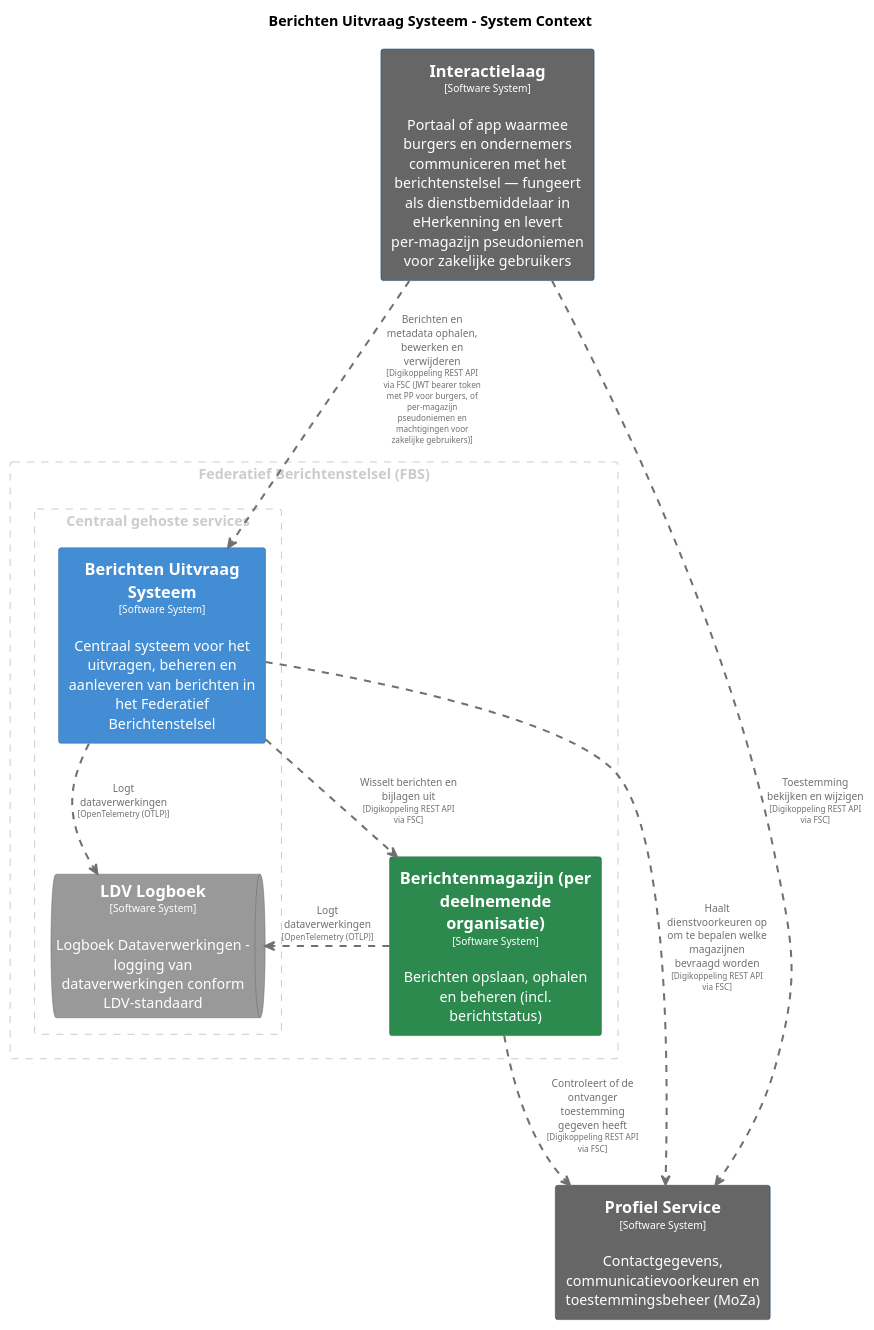
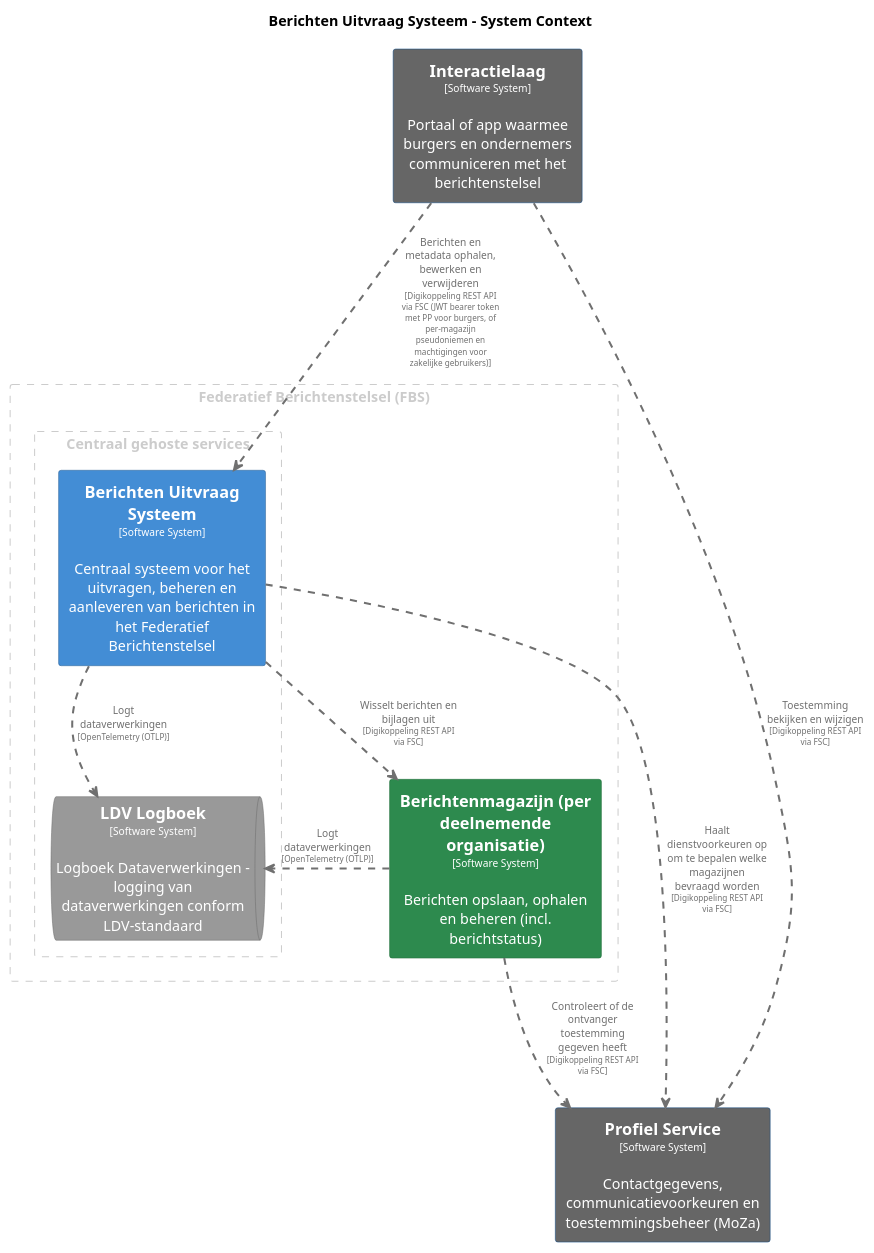
The diagram in pr-preview/pr-22/master/puml/BerichtenUitvraagSysteem.puml (MinBZK/moza-poc-fbs-berichtenbox), drawn with PlantUML before and after one commit. The commit also changed 22 other files, not shown here.

```diff
--- a/pr-preview/pr-22/master/puml/BerichtenUitvraagSysteem.puml
+++ b/pr-preview/pr-22/master/puml/BerichtenUitvraagSysteem.puml
@@ -1,76 +1,76 @@
 @startuml
 set separator none
 title Berichten Uitvraag Systeem - System Context
 
 top to bottom direction
 skinparam ranksep 60
 skinparam nodesep 30
 
 skinparam {
   arrowFontSize 10
   defaultTextAlignment center
   wrapWidth 200
   maxMessageSize 100
 }
 
 hide stereotype
 
 skinparam rectangle<<BerichtenUitvraagSysteem>> {
   BackgroundColor #438dd5
   FontColor #ffffff
   BorderColor #2e6295
   shadowing false
 }
 skinparam rectangle<<Berichtenmagazijnperdeelnemendeorganisatie>> {
   BackgroundColor #2d8a4e
   FontColor #ffffff
   BorderColor #1e6b38
   shadowing false
 }
 skinparam rectangle<<Interactielaag>> {
   BackgroundColor #666666
   FontColor #ffffff
   BorderColor #0b4884
   shadowing false
 }
 skinparam queue<<LDVLogboek>> {
   BackgroundColor #999999
   FontColor #ffffff
   BorderColor #6b6b6b
   shadowing false
 }
 skinparam rectangle<<ProfielService>> {
   BackgroundColor #666666
   FontColor #ffffff
   BorderColor #0b4884
   shadowing false
 }
 
 rectangle "Federatief Berichtenstelsel (FBS)" <<group1>> as group1 {
   skinparam RectangleBorderColor<<group1>> #cccccc
   skinparam RectangleFontColor<<group1>> #cccccc
   skinparam RectangleBorderStyle<<group1>> dashed
 
   rectangle "==Berichtenmagazijn (per deelnemende organisatie)\n<size:10>[Software System]</size>\n\nBerichten opslaan, ophalen en beheren (incl. berichtstatus)" <<Berichtenmagazijnperdeelnemendeorganisatie>> as Berichtenmagazijnperdeelnemendeorganisatie
     rectangle "Centraal gehoste services" <<group2>> as group2 {
       skinparam RectangleBorderColor<<group2>> #cccccc
       skinparam RectangleFontColor<<group2>> #cccccc
       skinparam RectangleBorderStyle<<group2>> dashed
 
       rectangle "==Berichten Uitvraag Systeem\n<size:10>[Software System]</size>\n\nCentraal systeem voor het uitvragen, beheren en aanleveren van berichten in het Federatief Berichtenstelsel" <<BerichtenUitvraagSysteem>> as BerichtenUitvraagSysteem
       queue "==LDV Logboek\n<size:10>[Software System]</size>\n\nLogboek Dataverwerkingen - logging van dataverwerkingen conform LDV-standaard" <<LDVLogboek>> as LDVLogboek
     }
 
 }
 
 rectangle "==Profiel Service\n<size:10>[Software System]</size>\n\nContactgegevens, communicatievoorkeuren en toestemmingsbeheer (MoZa)" <<ProfielService>> as ProfielService
-rectangle "==Interactielaag\n<size:10>[Software System]</size>\n\nPortaal of app waarmee burgers en ondernemers communiceren met het berichtenstelsel — fungeert als dienstbemiddelaar in eHerkenning en levert per-magazijn pseudoniemen voor zakelijke gebruikers" <<Interactielaag>> as Interactielaag
+rectangle "==Interactielaag\n<size:10>[Software System]</size>\n\nPortaal of app waarmee burgers en ondernemers communiceren met het berichtenstelsel" <<Interactielaag>> as Interactielaag
 
 Berichtenmagazijnperdeelnemendeorganisatie .[#707070,thickness=2].> ProfielService : "<color:#707070>Controleert of de ontvanger toestemming gegeven heeft\n<color:#707070><size:8>[Digikoppeling REST API via FSC]</size>"
 BerichtenUitvraagSysteem .[#707070,thickness=2].> ProfielService : "<color:#707070>Haalt dienstvoorkeuren op om te bepalen welke magazijnen bevraagd worden\n<color:#707070><size:8>[Digikoppeling REST API via FSC]</size>"
 Berichtenmagazijnperdeelnemendeorganisatie .[#707070,thickness=2].> LDVLogboek : "<color:#707070>Logt dataverwerkingen\n<color:#707070><size:8>[OpenTelemetry (OTLP)]</size>"
 BerichtenUitvraagSysteem .[#707070,thickness=2].> LDVLogboek : "<color:#707070>Logt dataverwerkingen\n<color:#707070><size:8>[OpenTelemetry (OTLP)]</size>"
 BerichtenUitvraagSysteem .[#707070,thickness=2].> Berichtenmagazijnperdeelnemendeorganisatie : "<color:#707070>Wisselt berichten en bijlagen uit\n<color:#707070><size:8>[Digikoppeling REST API via FSC]</size>"
 Interactielaag .[#707070,thickness=2].> BerichtenUitvraagSysteem : "<color:#707070>Berichten en metadata ophalen, bewerken en verwijderen\n<color:#707070><size:8>[Digikoppeling REST API via FSC (JWT bearer token met PP voor burgers, of per-magazijn pseudoniemen en machtigingen voor zakelijke gebruikers)]</size>"
 Interactielaag .[#707070,thickness=2].> ProfielService : "<color:#707070>Toestemming bekijken en wijzigen\n<color:#707070><size:8>[Digikoppeling REST API via FSC]</size>"
 @enduml
```
